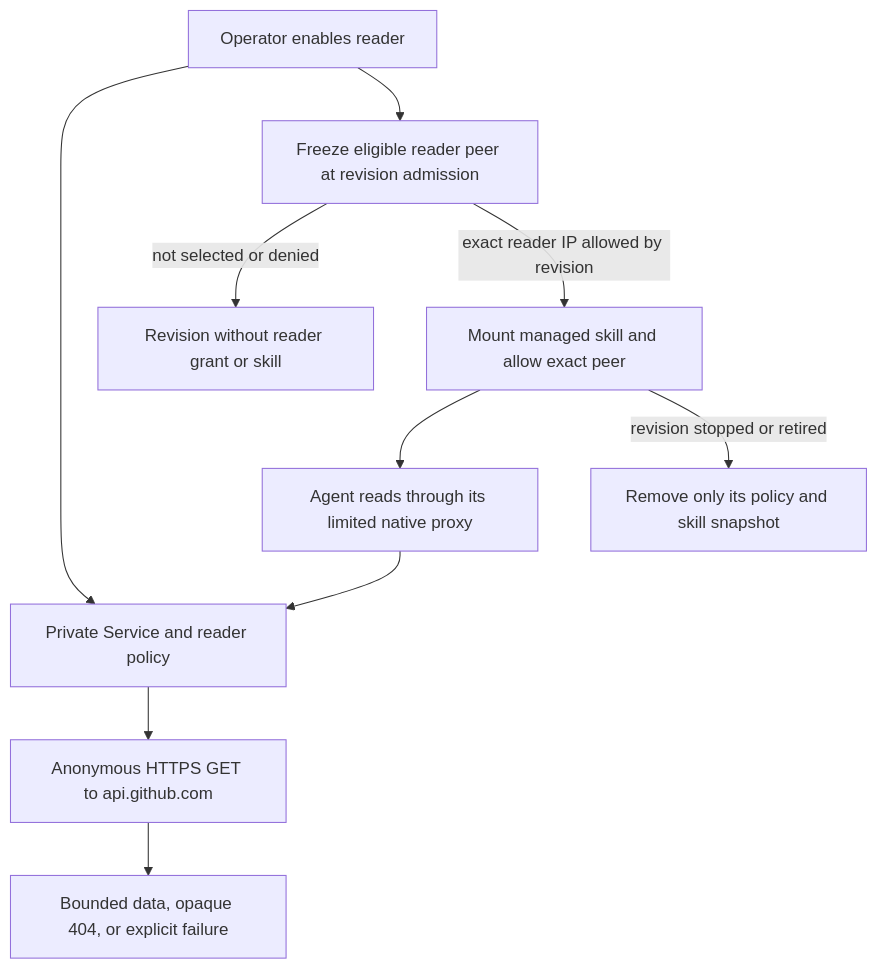
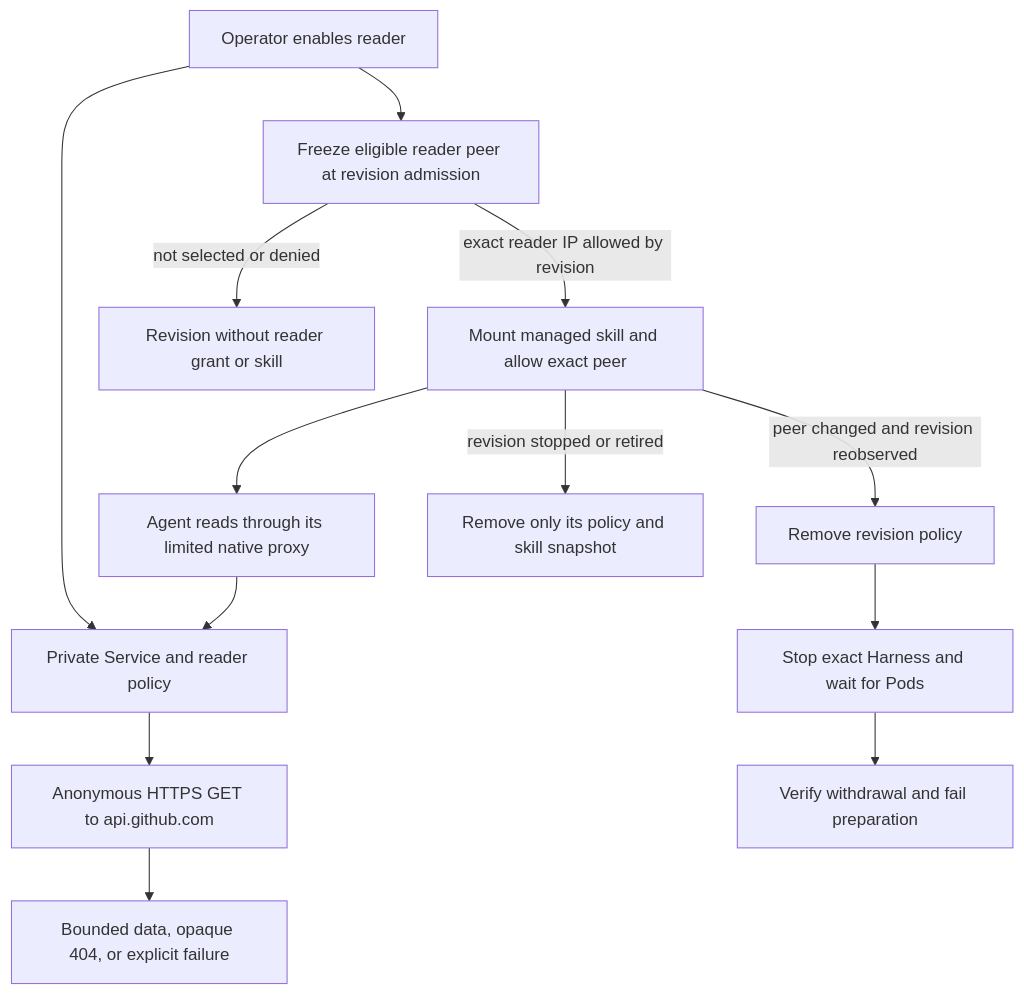
One commit to openclaw/openclaw-enterprise changed the diagram in docs/flows/public-github-reads.md. Above: the diagram before and after it, drawn with Mermaid. The commit also changed other lines of this file and 8 other files, not shown here.

````diff
--- a/docs/flows/public-github-reads.md
+++ b/docs/flows/public-github-reads.md
@@ -23,12 +23,15 @@
 ```mermaid
 graph TD
   Profile["Operator enables reader"] --> Service["Private Service and reader policy"]
   Profile --> Compute["Freeze eligible reader peer at revision admission"]
   Compute -->|not selected or denied| Ordinary["Revision without reader grant or skill"]
   Compute -->|exact reader IP allowed by revision| Revision["Mount managed skill and allow exact peer"]
   Revision --> Proxy["Agent reads through its limited native proxy"]
   Proxy --> Service
   Service --> Github["Anonymous HTTPS GET to api.github.com"]
   Github --> Result["Bounded data, opaque 404, or explicit failure"]
   Revision -->|revision stopped or retired| Retire["Remove only its policy and skill snapshot"]
+  Revision -->|peer changed and revision reobserved| Narrow["Remove revision policy"]
+  Narrow --> Stop["Stop exact Harness and wait for Pods"]
+  Stop --> Withdraw["Verify withdrawal and fail preparation"]
 ```
````
